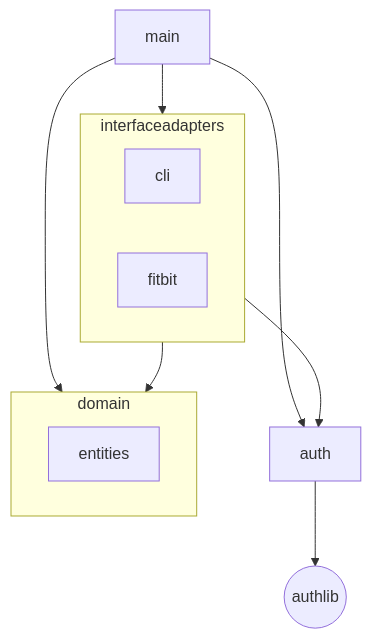
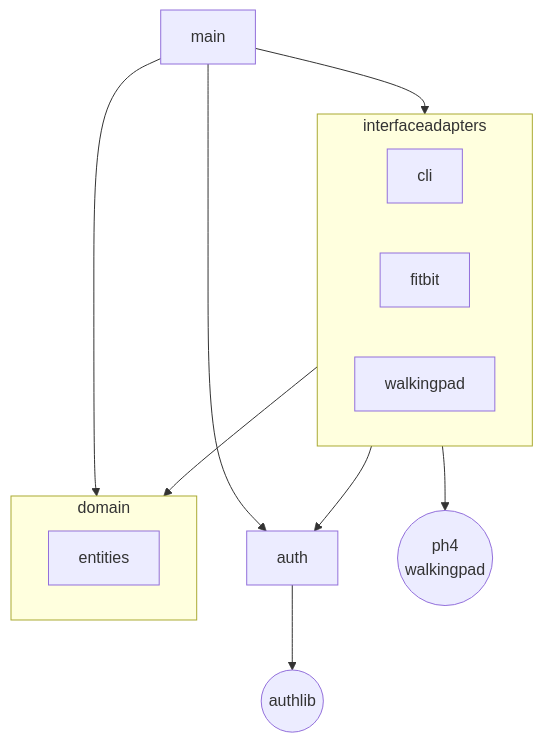
The second of 3 diagrams in docs/architecture.md (caarmen/walkingpad-fitbit), drawn with Mermaid before and after one commit. The commit also changed other lines of this file and 1 other file, not shown here.

````diff
--- a/docs/architecture.md
+++ b/docs/architecture.md
@@ -25,23 +27,26 @@
 ```mermaid
 flowchart TD
     main
     auth
     subgraph domain
         entities
     end
     subgraph interfaceadapters
         cli
         fitbit
+        walkingpad
     end
 
     authlib(("authlib"))
+    ph4_walkingpad(("ph4<br>walkingpad"))
 
     main --> auth
     main --> domain
     main --> interfaceadapters
 
     interfaceadapters --> domain
     interfaceadapters --> auth
 
+    interfaceadapters --> ph4_walkingpad
     auth --> authlib
 ```
````
